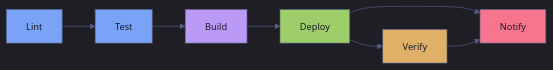
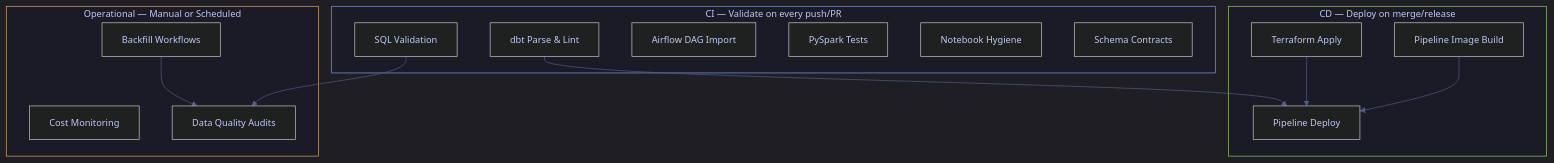
The diagram in content/10-GitHub-Actions/04-github-actions-data-engineering.md (alp78/elysium), drawn with Mermaid before and after one commit. The commit also changed other lines of this file and 13 other files, not shown here.

````diff
--- a/content/10-GitHub-Actions/04-github-actions-data-engineering.md
+++ b/content/10-GitHub-Actions/04-github-actions-data-engineering.md
@@ -1446,28 +60,43 @@
 ```mermaid
 %%{init: {'theme': 'dark', 'themeVariables': {
   'primaryColor': '#292e42',
   'primaryTextColor': '#c0caf5',
   'primaryBorderColor': '#565f89',
   'lineColor': '#565f89',
   'secondaryColor': '#1a1b26',
   'tertiaryColor': '#24283b',
-  'noteTextColor': '#c0caf5',
-  'noteBkgColor': '#292e42',
   'textColor': '#c0caf5',
   'fontSize': '14px'
 }}}%%
-flowchart LR
-    lint["Lint"] --> test["Test"]
-    test --> build["Build"]
-    build --> deploy["Deploy"]
-    deploy --> verify["Verify"]
-    deploy --> notify["Notify"]
-    verify --> notify
+flowchart TB
+    subgraph CI["CI — Validate on every push/PR"]
+        SQL["SQL Validation"]
+        DBT["dbt Parse & Lint"]
+        DAG["Airflow DAG Import"]
+        SPARK["PySpark Tests"]
+        NB["Notebook Hygiene"]
+        SCHEMA["Schema Contracts"]
+    end
 
-    style lint fill:#7aa2f7,stroke:#565f89,color:#1a1b26
-    style test fill:#7aa2f7,stroke:#565f89,color:#1a1b26
-    style build fill:#bb9af7,stroke:#565f89,color:#1a1b26
-    style deploy fill:#9ece6a,stroke:#565f89,color:#1a1b26
-    style verify fill:#e0af68,stroke:#565f89,color:#1a1b26
-    style notify fill:#f7768e,stroke:#565f89,color:#1a1b26
+    subgraph CD["CD — Deploy on merge/release"]
+        TF["Terraform Apply"]
+        IMG["Pipeline Image Build"]
+        DEPLOY["Pipeline Deploy"]
+    end
+
+    subgraph OPS["Operational — Manual or Scheduled"]
+        BACKFILL["Backfill Workflows"]
+        COST["Cost Monitoring"]
+        DQ["Data Quality Audits"]
+    end
+
+    SQL --> DQ
+    DBT --> DEPLOY
+    TF --> DEPLOY
+    IMG --> DEPLOY
+    BACKFILL --> DQ
+
+    style CI fill:#1a1b26,stroke:#7aa2f7,color:#c0caf5
+    style CD fill:#1a1b26,stroke:#9ece6a,color:#c0caf5
+    style OPS fill:#1a1b26,stroke:#e0af68,color:#c0caf5
 ```
````
